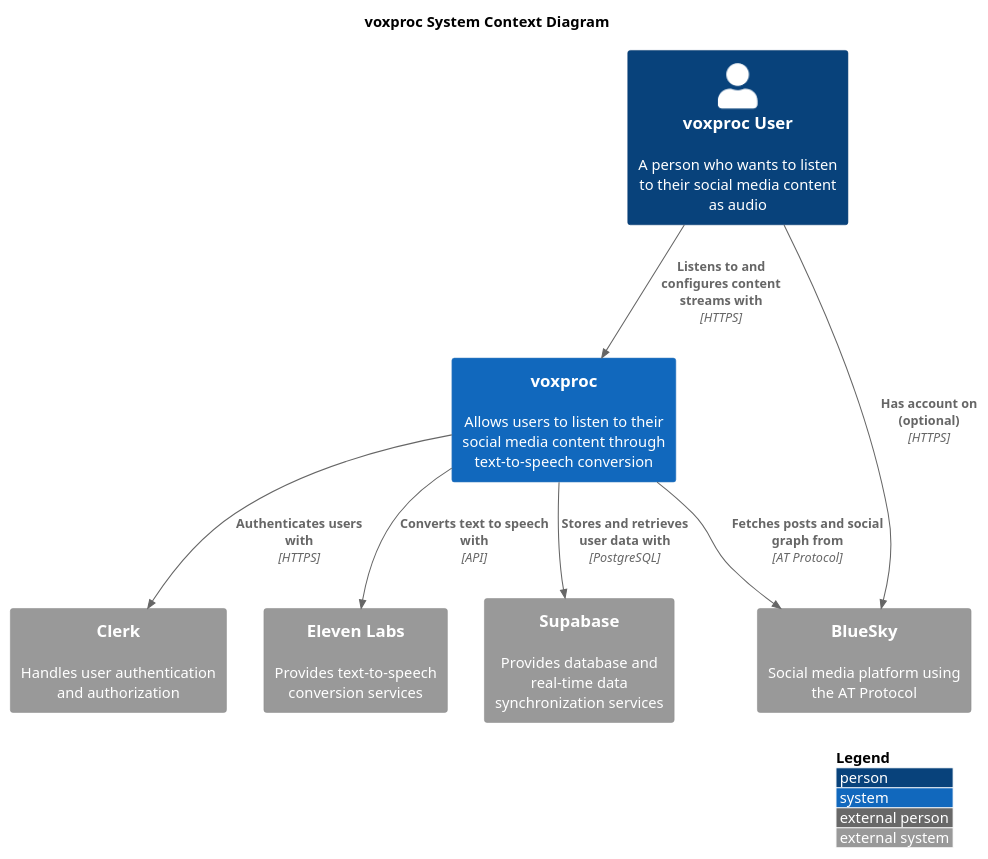
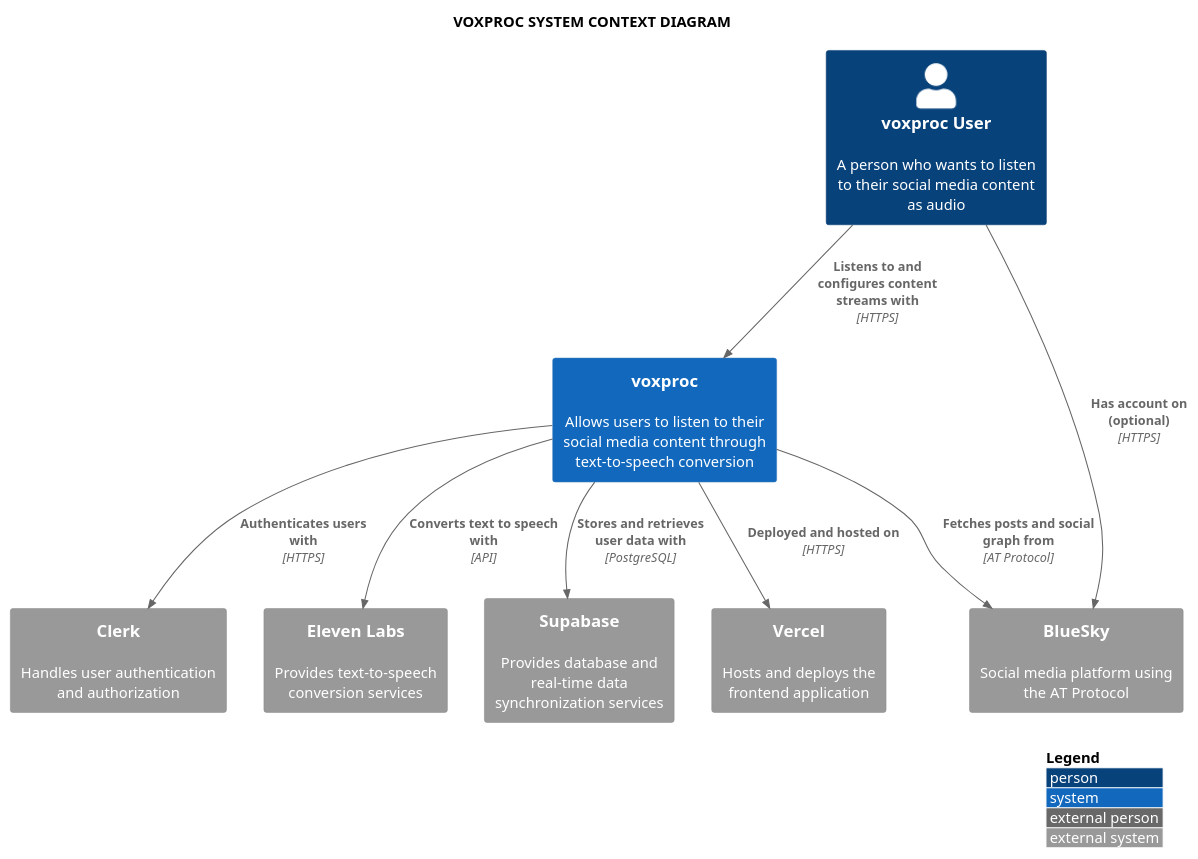
The diagram in docs/architecture/voxproc-system-context.puml (jmdigiorgio/voxproc-front), drawn with PlantUML before and after one commit. The commit also changed 1 other file, not shown here.

Commit message:
docs: added vercel to context diagram

```diff
--- a/docs/architecture/voxproc-system-context.puml
+++ b/docs/architecture/voxproc-system-context.puml
@@ -1,24 +1,26 @@
-@startuml -voxproc-system-context
+@startuml voxproc-system-context
 !include https://raw.githubusercontent.com/plantuml-stdlib/C4-PlantUML/master/C4_Context.puml
 
 LAYOUT_WITH_LEGEND()
 
-title voxproc System Context Diagram
+title VOXPROC SYSTEM CONTEXT DIAGRAM
 
 Person(end_user, "voxproc User", "A person who wants to listen to their social media content as audio")
 
 System(voxproc, "voxproc", "Allows users to listen to their social media content through text-to-speech conversion")
 
 System_Ext(bluesky, "BlueSky", "Social media platform using the AT Protocol")
 System_Ext(auth_provider, "Clerk", "Handles user authentication and authorization")
 System_Ext(tts_provider, "Eleven Labs", "Provides text-to-speech conversion services")
 System_Ext(supabase, "Supabase", "Provides database and real-time data synchronization services")
+System_Ext(vercel, "Vercel", "Hosts and deploys the frontend application")
 
 Rel(end_user, voxproc, "Listens to and configures content streams with", "HTTPS")
 Rel(voxproc, bluesky, "Fetches posts and social graph from", "AT Protocol")
 Rel(voxproc, auth_provider, "Authenticates users with", "HTTPS")
 Rel(voxproc, tts_provider, "Converts text to speech with", "API")
 Rel(end_user, bluesky, "Has account on (optional)", "HTTPS")
 Rel(voxproc, supabase, "Stores and retrieves user data with", "PostgreSQL")
+Rel(voxproc, vercel, "Deployed and hosted on", "HTTPS")
 
 @enduml 
```
